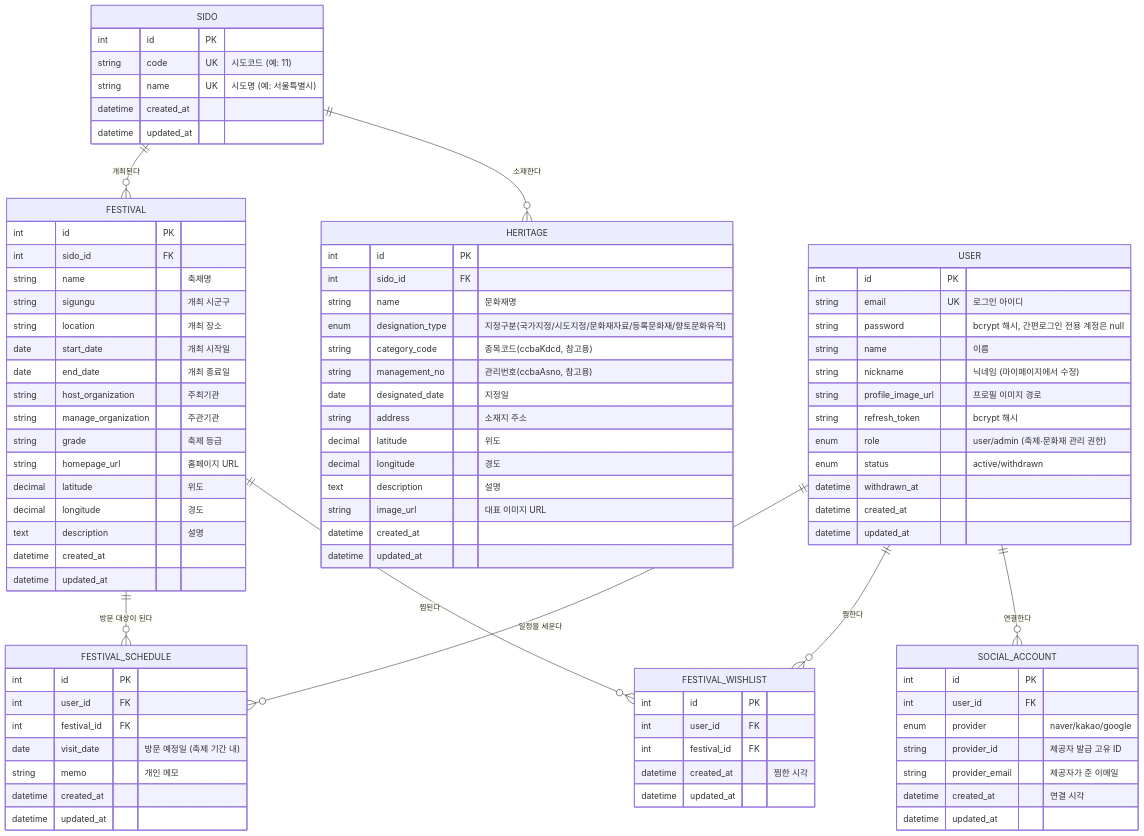
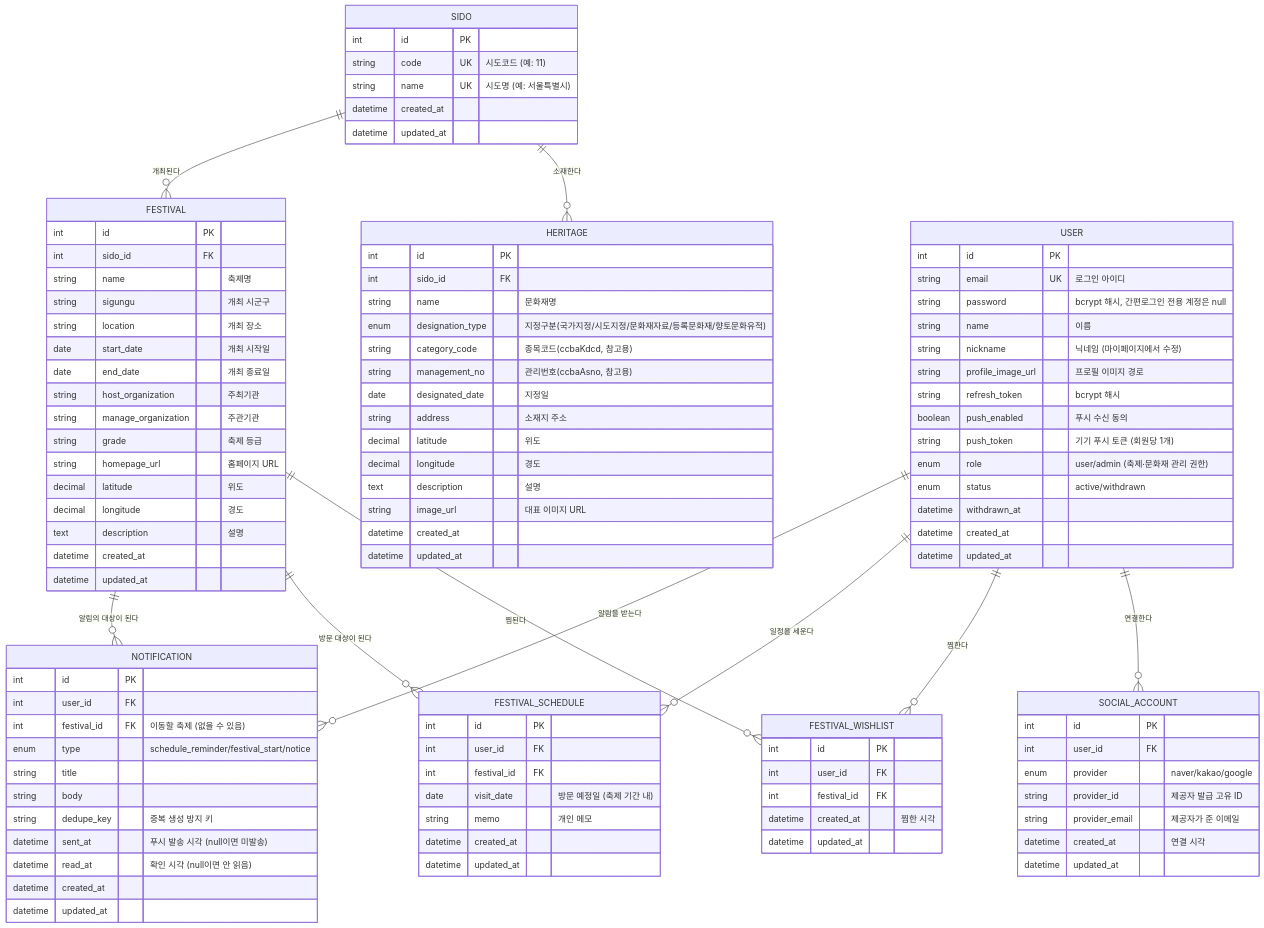
Before and after one commit to pkjuno/projectHeritage: the diagram in backend/docs/ERD.md, drawn with Mermaid. The commit also changed other lines of this file and 22 other files, not shown here.

First line of the commit message:
Add visit reminders: notification domain, daily job, and push settings

````diff
--- a/backend/docs/ERD.md
+++ b/backend/docs/ERD.md
@@ -22,6 +23,8 @@
     USER ||--o{ FESTIVAL_SCHEDULE : "일정을 세운다"
     FESTIVAL ||--o{ FESTIVAL_WISHLIST : "찜된다"
     FESTIVAL ||--o{ FESTIVAL_SCHEDULE : "방문 대상이 된다"
+    USER ||--o{ NOTIFICATION : "알림을 받는다"
+    FESTIVAL ||--o{ NOTIFICATION : "알림의 대상이 된다"
 
     SIDO {
         int id PK
@@ -75,6 +78,8 @@
         string nickname "닉네임 (마이페이지에서 수정)"
         string profile_image_url "프로필 이미지 경로"
         string refresh_token "bcrypt 해시"
+        boolean push_enabled "푸시 수신 동의"
+        string push_token "기기 푸시 토큰 (회원당 1개)"
         enum role "user/admin (축제·문화재 관리 권한)"
         enum status "active/withdrawn"
         datetime withdrawn_at
@@ -109,4 +114,18 @@
         datetime created_at
         datetime updated_at
     }
+
+    NOTIFICATION {
+        int id PK
+        int user_id FK
+        int festival_id FK "이동할 축제 (없을 수 있음)"
+        enum type "schedule_reminder/festival_start/notice"
+        string title
+        string body
+        string dedupe_key "중복 생성 방지 키"
+        datetime sent_at "푸시 발송 시각 (null이면 미발송)"
+        datetime read_at "확인 시각 (null이면 안 읽음)"
+        datetime created_at
+        datetime updated_at
+    }
 ```
````
